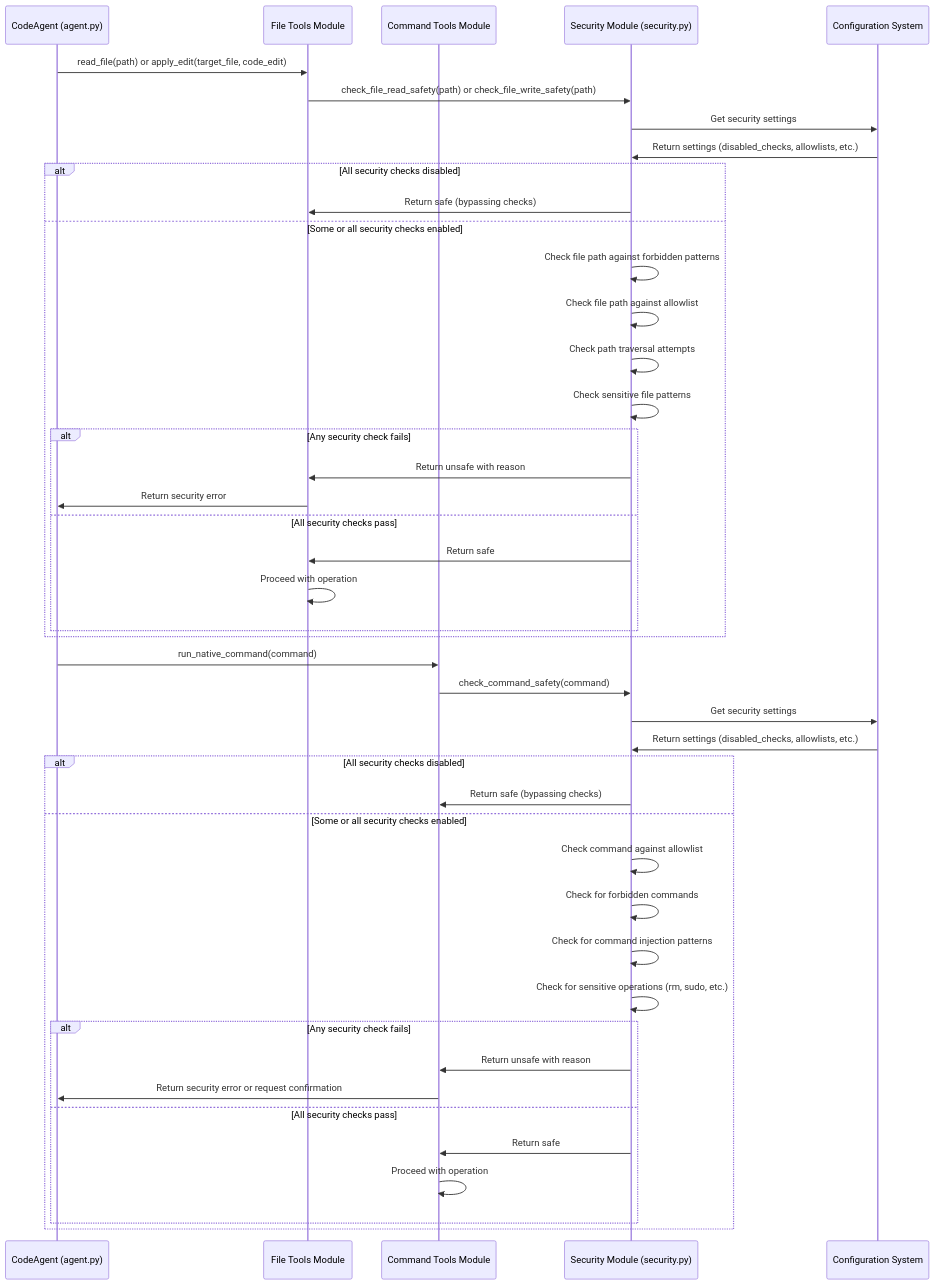
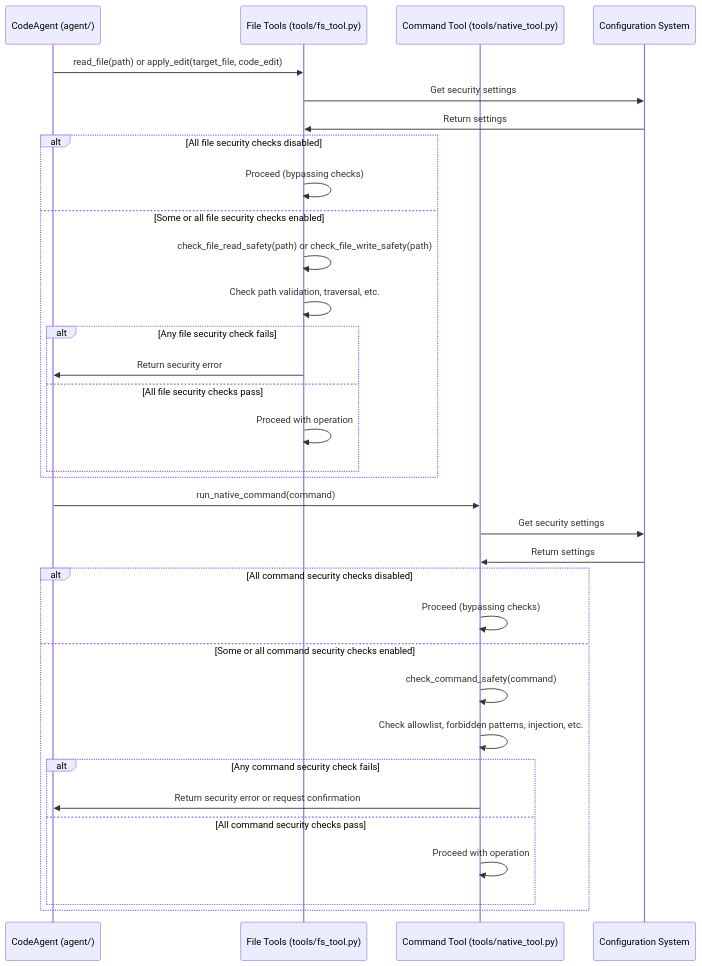
Before and after one commit to BlueCentre/code-agent: the diagram in docs/feature_security.md, drawn with Mermaid. The commit also changed 36 other files, not shown here.

````diff
--- a/docs/feature_security.md
+++ b/docs/feature_security.md
@@ -119,54 +119,41 @@
 ```mermaid
 sequenceDiagram
-    participant Agent as CodeAgent (agent.py)
-    participant FileTool as File Tools Module
-    participant CmdTool as Command Tools Module
-    participant Security as Security Module (security.py)
+    participant Agent as CodeAgent (agent/)
+    participant FileTool as File Tools (tools/fs_tool.py)
+    participant CmdTool as Command Tool (tools/native_tool.py)
     participant Config as Configuration System
 
     Agent->>FileTool: read_file(path) or apply_edit(target_file, code_edit)
-    FileTool->>Security: check_file_read_safety(path) or check_file_write_safety(path)
+    FileTool->>Config: Get security settings
+    Config->>FileTool: Return settings
 
-    Security->>Config: Get security settings
-    Config->>Security: Return settings (disabled_checks, allowlists, etc.)
+    alt All file security checks disabled
+        FileTool->>FileTool: Proceed (bypassing checks)
+    else Some or all file security checks enabled
+        FileTool->>FileTool: check_file_read_safety(path) or check_file_write_safety(path)
+        FileTool->>FileTool: Check path validation, traversal, etc.
 
-    alt All security checks disabled
-        Security->>FileTool: Return safe (bypassing checks)
-    else Some or all security checks enabled
-        Security->>Security: Check file path against forbidden patterns
-        Security->>Security: Check file path against allowlist
-        Security->>Security: Check path traversal attempts
-        Security->>Security: Check sensitive file patterns
-
-        alt Any security check fails
-            Security->>FileTool: Return unsafe with reason
+        alt Any file security check fails
             FileTool->>Agent: Return security error
-        else All security checks pass
-            Security->>FileTool: Return safe
+        else All file security checks pass
             FileTool->>FileTool: Proceed with operation
         end
     end
 
     Agent->>CmdTool: run_native_command(command)
-    CmdTool->>Security: check_command_safety(command)
+    CmdTool->>Config: Get security settings
+    Config->>CmdTool: Return settings
 
-    Security->>Config: Get security settings
-    Config->>Security: Return settings (disabled_checks, allowlists, etc.)
+    alt All command security checks disabled
+        CmdTool->>CmdTool: Proceed (bypassing checks)
+    else Some or all command security checks enabled
+        CmdTool->>CmdTool: check_command_safety(command)
+        CmdTool->>CmdTool: Check allowlist, forbidden patterns, injection, etc.
 
-    alt All security checks disabled
-        Security->>CmdTool: Return safe (bypassing checks)
-    else Some or all security checks enabled
-        Security->>Security: Check command against allowlist
-        Security->>Security: Check for forbidden commands
-        Security->>Security: Check for command injection patterns
-        Security->>Security: Check for sensitive operations (rm, sudo, etc.)
-
-        alt Any security check fails
-            Security->>CmdTool: Return unsafe with reason
+        alt Any command security check fails
             CmdTool->>Agent: Return security error or request confirmation
-        else All security checks pass
-            Security->>CmdTool: Return safe
+        else All command security checks pass
             CmdTool->>CmdTool: Proceed with operation
         end
     end
 ```
````
